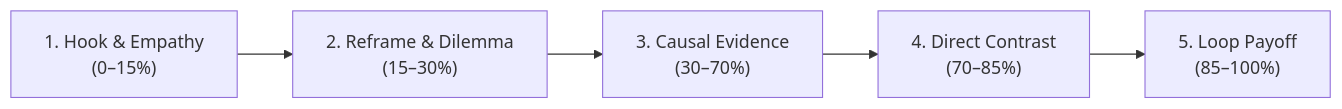
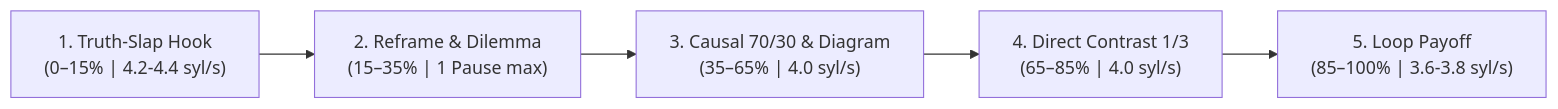
One commit to hongphuoc6104/LongVidYtb changed the diagram in .agents/skills/vp-channel-patterns/references/adaptation-playbook.md. Above: the diagram before and after it, drawn with Mermaid. The commit also changed other lines of this file and 74 other files, not shown here.

````diff
--- a/.agents/skills/vp-channel-patterns/references/adaptation-playbook.md
+++ b/.agents/skills/vp-channel-patterns/references/adaptation-playbook.md
@@ -15,7 +41,7 @@
 ```mermaid
 flowchart LR
-    A["1. Hook & Empathy<br/>(0–15%)"] --> B["2. Reframe & Dilemma<br/>(15–30%)"]
-    B --> C["3. Causal Evidence<br/>(30–70%)"]
-    C --> D["4. Direct Contrast<br/>(70–85%)"]
-    D --> E["5. Loop Payoff<br/>(85–100%)"]
+    A["1. Truth-Slap Hook<br/>(0–15% | 4.2-4.4 syl/s)"] --> B["2. Reframe & Dilemma<br/>(15–35% | 1 Pause max)"]
+    B --> C["3. Causal 70/30 & Diagram<br/>(35–65% | 4.0 syl/s)"]
+    C --> D["4. Direct Contrast 1/3<br/>(65–85% | 4.0 syl/s)"]
+    D --> E["5. Loop Payoff<br/>(85–100% | 3.6-3.8 syl/s)"]
 ```
````
